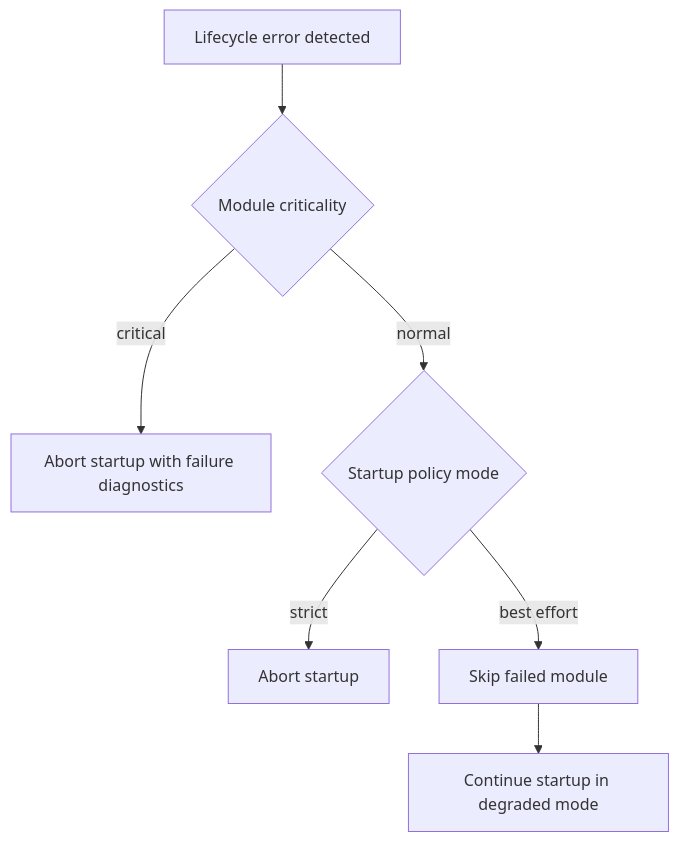
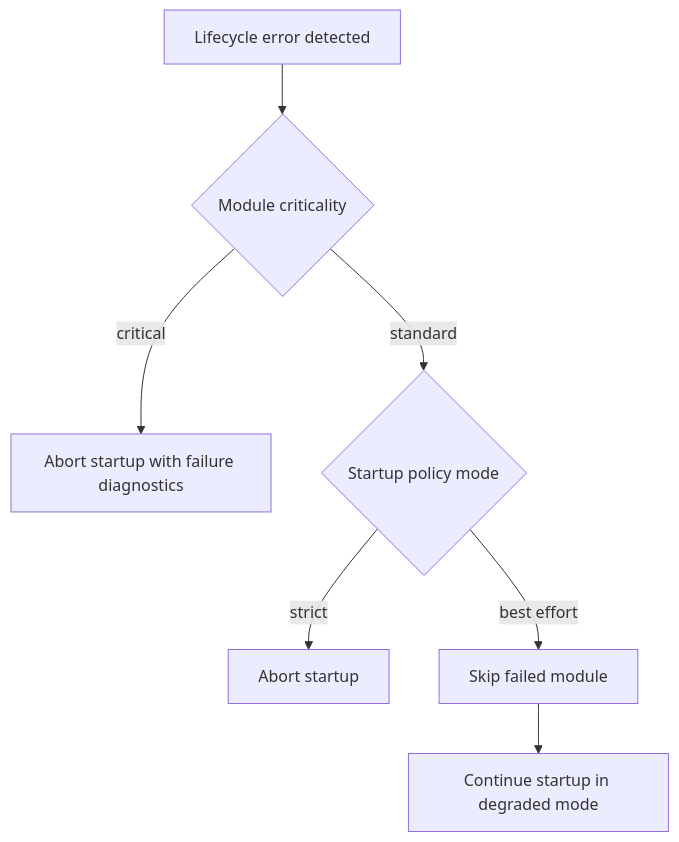
The second of 4 diagrams in .context/04-implementation-plan/05-phase.md (prosto-systems/prosto-platform), drawn with Mermaid before and after one commit. The commit also changed 72 other files, not shown here.

````diff
--- a/.context/04-implementation-plan/05-phase.md
+++ b/.context/04-implementation-plan/05-phase.md
@@ -73,16 +73,16 @@
 ```mermaid
 flowchart TD
   A[Lifecycle error detected]
   B{Module criticality}
   C[Abort startup with failure diagnostics]
   D{Startup policy mode}
   E[Abort startup]
   F[Skip failed module]
   G[Continue startup in degraded mode]
 
   A --> B
   B -->|critical| C
-  B -->|normal| D
+  B -->|standard| D
   D -->|strict| E
   D -->|best effort| F --> G
 ```
````
